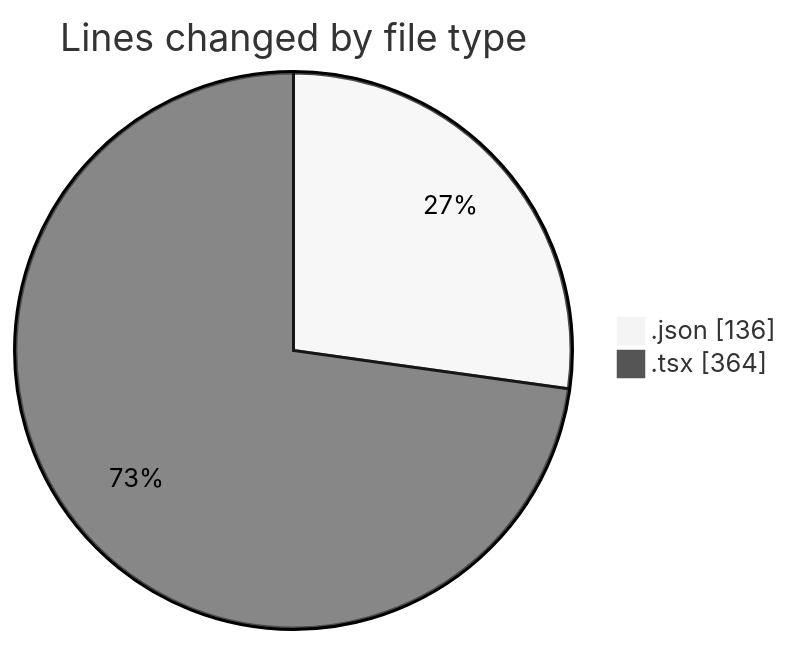
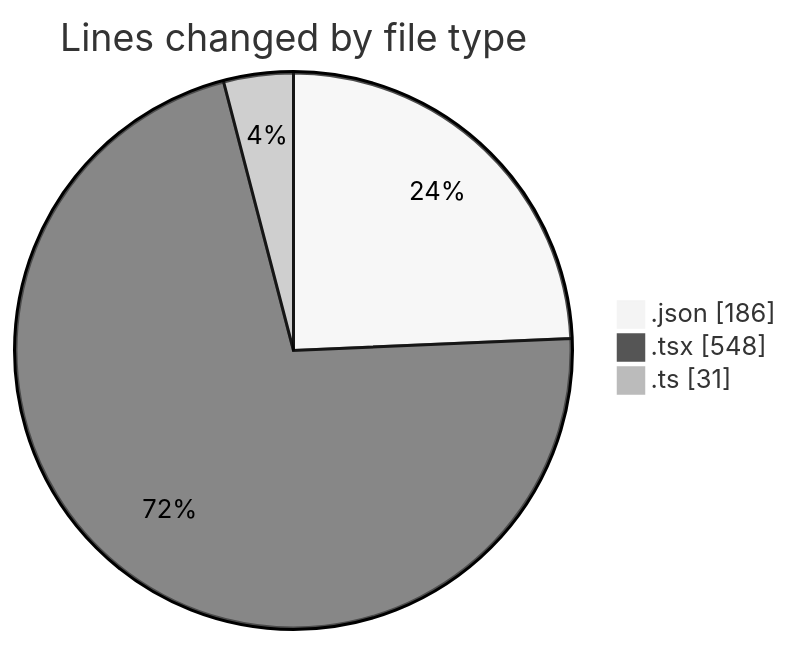
Before and after one commit to Elitesun/code-tracking: the first of 2 diagrams in 2025-05-09/un_laala/README.md, drawn with Mermaid (neutral theme). The commit also changed other lines of this file and 1 other file, not shown here.

````diff
--- a/2025-05-09/un_laala/README.md
+++ b/2025-05-09/un_laala/README.md
@@ -21,6 +25,7 @@
 ```mermaid
 pie showData
 title Lines changed by file type
-".json" : 136
-".tsx" : 364
+".json" : 186
+".tsx" : 548
+".ts" : 31
 ```
````
